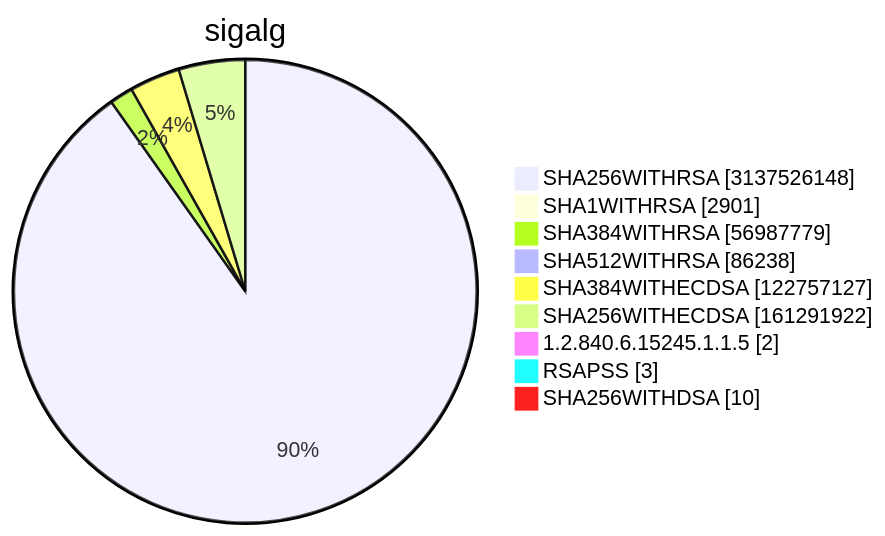
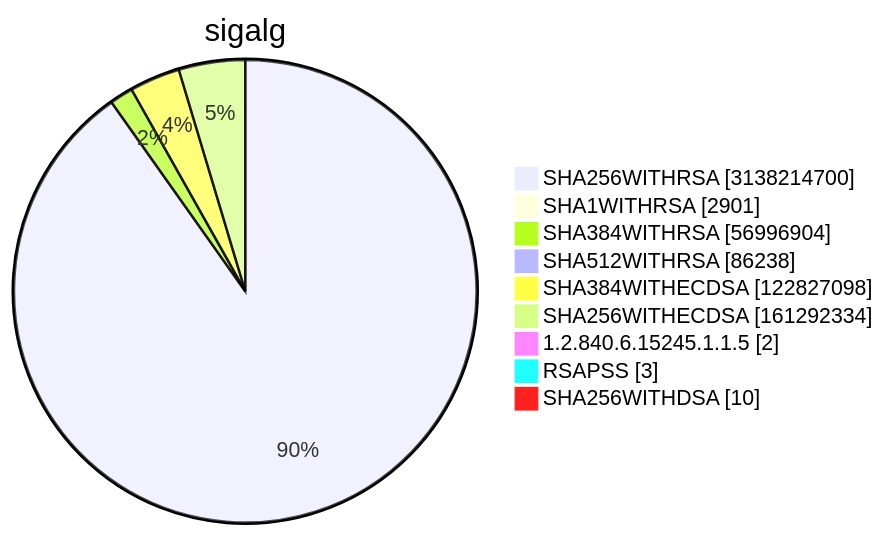
One commit to christiankrug/ctmonitor_visualization changed diagram 15 of 15 in TOTAL/README.md. Above: the diagram before and after it, drawn with Mermaid. The commit also changed other lines of this file, not shown here.

````diff
--- a/TOTAL/README.md
+++ b/TOTAL/README.md
@@ -6212,13 +6212,13 @@
 ```mermaid
 pie showData
 title sigalg
-"SHA256WITHRSA" :3137526148
+"SHA256WITHRSA" :3138214700
 "SHA1WITHRSA" :2901
-"SHA384WITHRSA" :56987779
+"SHA384WITHRSA" :56996904
 "SHA512WITHRSA" :86238
-"SHA384WITHECDSA" :122757127
-"SHA256WITHECDSA" :161291922
+"SHA384WITHECDSA" :122827098
+"SHA256WITHECDSA" :161292334
 "1.2.840.6.15245.1.1.5" :2
 "RSAPSS" :3
 "SHA256WITHDSA" :10
 ```
````
